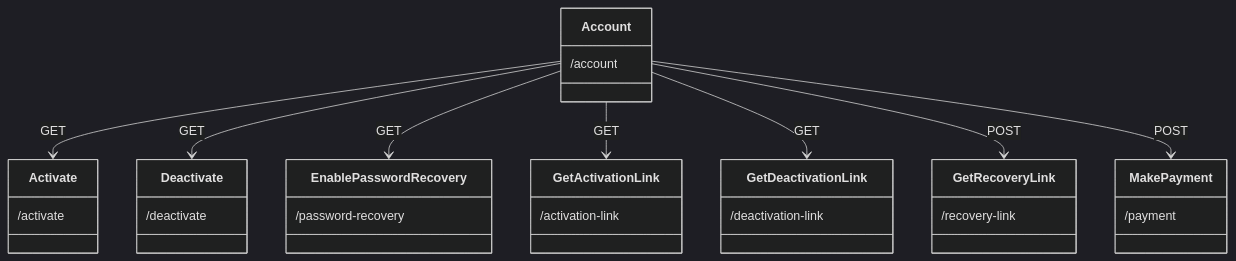
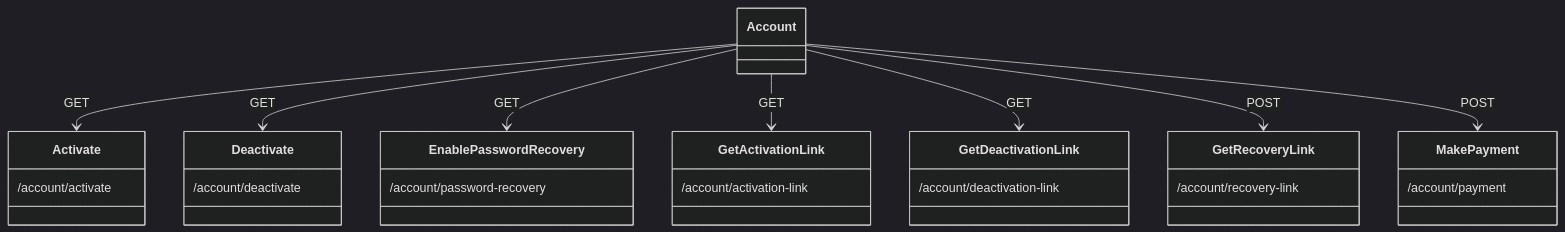
One commit to Karmello/ask-the-world-api changed the first of 2 diagrams in README.md. Above: the diagram before and after it, drawn with Mermaid (dark theme). The commit also changed other lines of this file, not shown here.

````diff
--- a/README.md
+++ b/README.md
@@ -5,18 +5,17 @@
 ```mermaid
 classDiagram
 Account --> Activate : GET
 Account --> Deactivate: GET
 Account --> EnablePasswordRecovery : GET
 Account --> GetActivationLink : GET
 Account --> GetDeactivationLink : GET
 Account --> GetRecoveryLink: POST
-Account --> MakePayment: POST
-Account: /account 
-Activate: /activate
-Deactivate: /deactivate
-GetActivationLink: /activation-link
-GetDeactivationLink: /deactivation-link
-EnablePasswordRecovery: /password-recovery
-GetRecoveryLink: /recovery-link
-MakePayment: /payment
+Account --> MakePayment: POST 
+Activate: /account/activate
+Deactivate: /account/deactivate
+GetActivationLink: /account/activation-link
+GetDeactivationLink: /account/deactivation-link
+EnablePasswordRecovery: /account/password-recovery
+GetRecoveryLink: /account/recovery-link
+MakePayment: /account/payment
 ```
````
